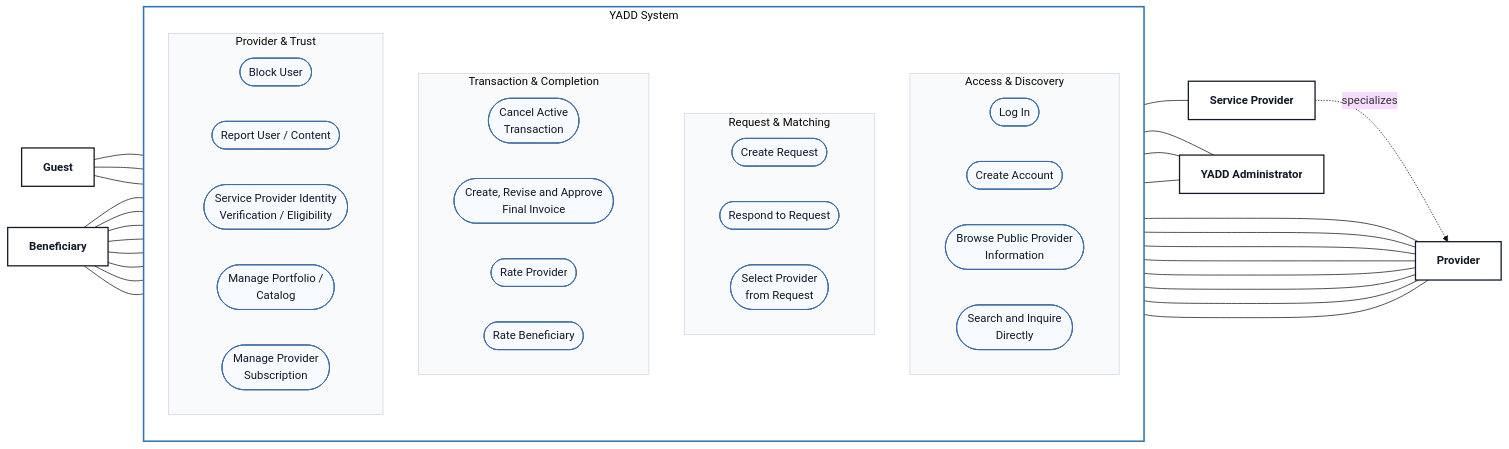
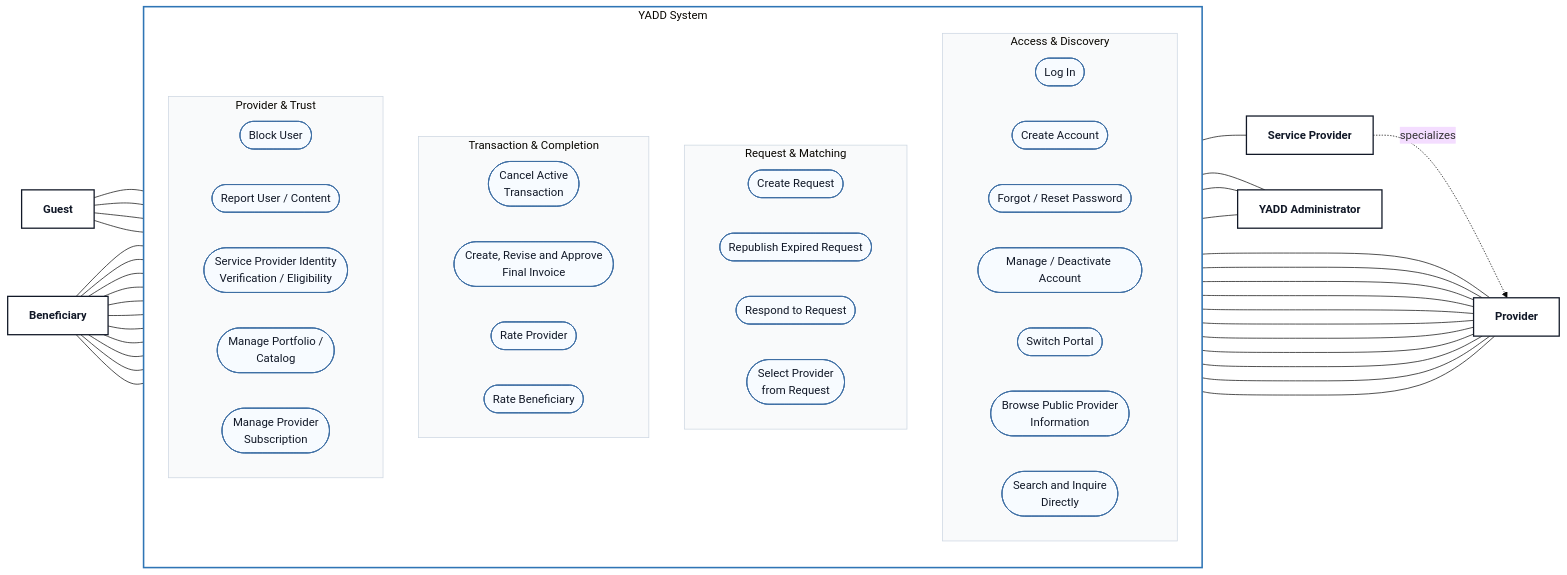
The diagram in diagrams/03-analysis/uml/use-case/00-main-overview.md (Yadd-SanaaUniversityGraduationProject/yadd), drawn with Mermaid (base theme) before and after one commit. The commit also changed other lines of this file, not shown here.

Commit message:
Synchronize main use-case overview with account, republish and subscription flows

```diff
--- a/diagrams/03-analysis/uml/use-case/00-main-overview.md
+++ b/diagrams/03-analysis/uml/use-case/00-main-overview.md
@@ -25,6 +25,9 @@
             direction LR
             LOGIN(["Log In"]):::usecase
             REGISTER(["Create Account"]):::usecase
+            FORGOT(["Forgot / Reset Password"]):::usecase
+            MANAGE_ACC(["Manage / Deactivate Account"]):::usecase
+            SWITCH(["Switch Portal"]):::usecase
             UC00(["Browse Public Provider<br/>Information"]):::usecase
             UC01(["Search and Inquire<br/>Directly"]):::usecase
         end
@@ -32,6 +35,7 @@
         subgraph REQUESTS["Request & Matching"]
             direction LR
             UC02(["Create Request"]):::usecase
+            REPUBLISH(["Republish Expired Request"]):::usecase
             UC03(["Respond to Request"]):::usecase
             UC04(["Select Provider<br/>from Request"]):::usecase
         end
@@ -60,10 +64,14 @@
 
     G --- LOGIN
     G --- REGISTER
+    G --- FORGOT
     G --- UC00
 
+    B --- MANAGE_ACC
+    B --- SWITCH
     B --- UC01
     B --- UC02
+    B --- REPUBLISH
     B --- UC04
     B --- UC05
     B --- UC06
@@ -71,6 +79,8 @@
     B --- BLOCK
     B --- REPORT
 
+    MANAGE_ACC --- P
+    SWITCH --- P
     UC01 --- P
     UC03 --- P
     UC05 --- P
@@ -81,6 +91,7 @@
     SP -. specializes .-> P
     UC09 --- SP
     UC10 --- P
+    SUB --- P
 
     REPORT --- A
     UC09 --- A
```
